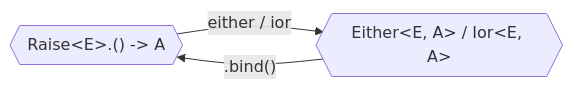
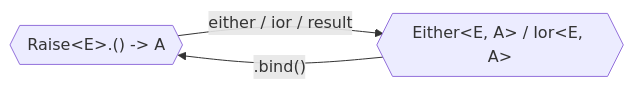
One commit to arrow-kt/arrow-website changed the diagram in content/docs/learn/typed-errors/either_ior.md. Above: the diagram before and after it, drawn with Mermaid. The commit also changed other lines of this file, not shown here.

First line of the commit message:
Add Result to Either & Ior page (#358)

````diff
--- a/content/docs/learn/typed-errors/either_ior.md
+++ b/content/docs/learn/typed-errors/either_ior.md
@@ -73,7 +80,7 @@
 ```mermaid
 graph LR;
   raise{{"Raise&lt;E&gt;.() -> A"}};
   other{{"Either&lt;E, A&gt; / Ior&lt;E, A&gt;"}};
-  raise-->|either / ior|other;
+  raise-->|either / ior / result|other;
   other-->|".bind()"|raise;
 ```
````
